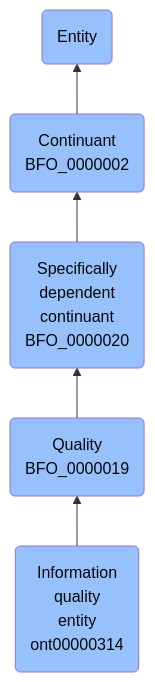
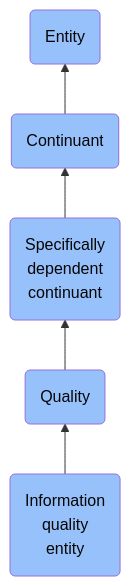
Before and after one commit to jupyter-naas/abi: the diagram in docs/ontology/reference/model/Entity/Continuant/Specifically dependent continuant/Quality/Information quality entity/Information quality entity.md, drawn with Mermaid. The commit also changed other lines of this file and 1430 other files, not shown here.

````diff
--- a/docs/ontology/reference/model/Entity/Continuant/Specifically dependent continuant/Quality/Information quality entity/Information quality entity.md
+++ b/docs/ontology/reference/model/Entity/Continuant/Specifically dependent continuant/Quality/Information quality entity/Information quality entity.md
@@ -24,12 +24,12 @@
 ```mermaid
 graph BT
-    ont00000314(Information<br>quality<br>entity<br>ont00000314):::BFO-->BFO_0000019
-    BFO_0000019(Quality<br>BFO_0000019):::BFO-->BFO_0000020
-    BFO_0000020(Specifically<br>dependent<br>continuant<br>BFO_0000020):::BFO-->BFO_0000002
-    BFO_0000002(Continuant<br>BFO_0000002):::BFO-->BFO_0000001
+    ont00000314(Information<br>quality<br>entity):::BFO-->BFO_0000019
+    BFO_0000019(Quality):::BFO-->BFO_0000020
+    BFO_0000020(Specifically<br>dependent<br>continuant):::BFO-->BFO_0000002
+    BFO_0000002(Continuant):::BFO-->BFO_0000001
     BFO_0000001(Entity):::BFO
     
     classDef BFO fill:#97c1fb,color:#060606
     classDef CCO fill:#e4c51e,color:#060606
     classDef ABI fill:#48DD82,color:#060606
 ```
````
